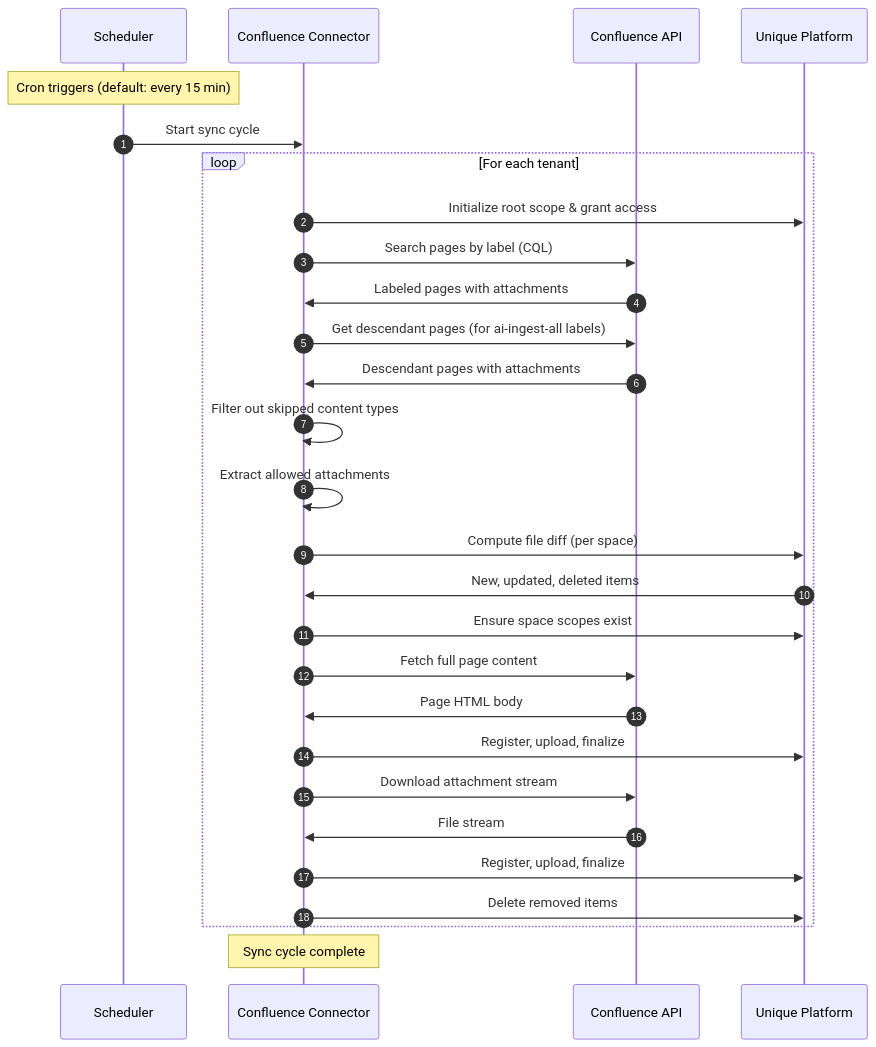
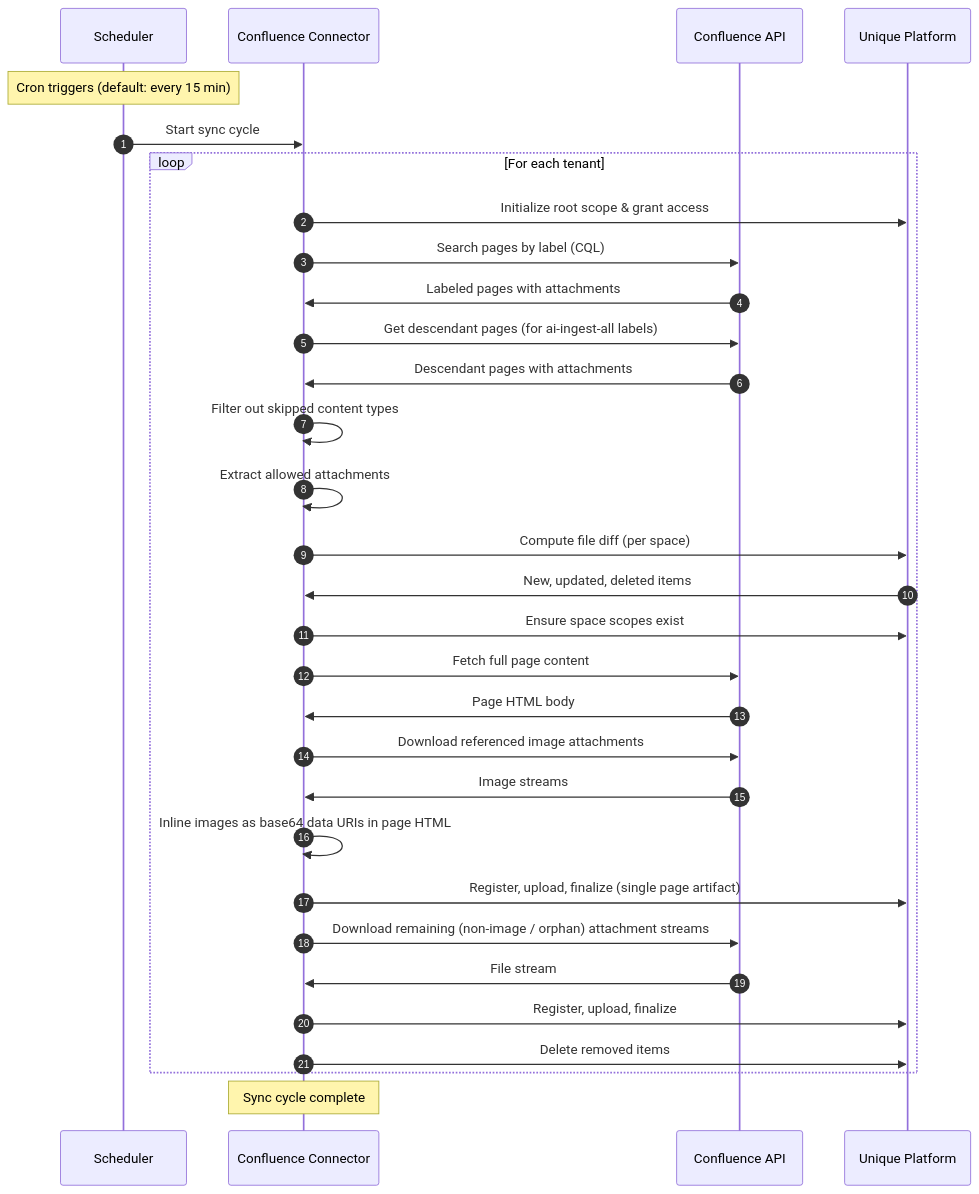
The second of 2 diagrams in services/confluence-connector/docs/README.md (Unique-AG/connectors), drawn with Mermaid before and after one commit. The commit also changed other lines of this file and 4 other files, not shown here.

First line of the commit message:
docs(confluence-connector): describe page image inlining

````diff
--- a/services/confluence-connector/docs/README.md
+++ b/services/confluence-connector/docs/README.md
@@ -159,41 +161,44 @@
 ```mermaid
 sequenceDiagram
     autonumber
     participant Scheduler
     participant Connector as Confluence Connector
     participant Confluence as Confluence API
     participant Unique as Unique Platform
 
     Note over Scheduler: Cron triggers (default: every 15 min)
     Scheduler->>Connector: Start sync cycle
 
     loop For each tenant
         Connector->>Unique: Initialize root scope & grant access
 
         Connector->>Confluence: Search pages by label (CQL)
         Confluence->>Connector: Labeled pages with attachments
 
         Connector->>Confluence: Get descendant pages (for ai-ingest-all labels)
         Confluence->>Connector: Descendant pages with attachments
 
         Connector->>Connector: Filter out skipped content types
         Connector->>Connector: Extract allowed attachments
 
         Connector->>Unique: Compute file diff (per space)
         Unique->>Connector: New, updated, deleted items
 
         Connector->>Unique: Ensure space scopes exist
 
         Connector->>Confluence: Fetch full page content
         Confluence->>Connector: Page HTML body
-        Connector->>Unique: Register, upload, finalize
+        Connector->>Confluence: Download referenced image attachments
+        Confluence->>Connector: Image streams
+        Connector->>Connector: Inline images as base64 data URIs in page HTML
+        Connector->>Unique: Register, upload, finalize (single page artifact)
 
-        Connector->>Confluence: Download attachment stream
+        Connector->>Confluence: Download remaining (non-image / orphan) attachment streams
         Confluence->>Connector: File stream
         Connector->>Unique: Register, upload, finalize
 
         Connector->>Unique: Delete removed items
     end
 
     Note over Connector: Sync cycle complete
 ```
````
